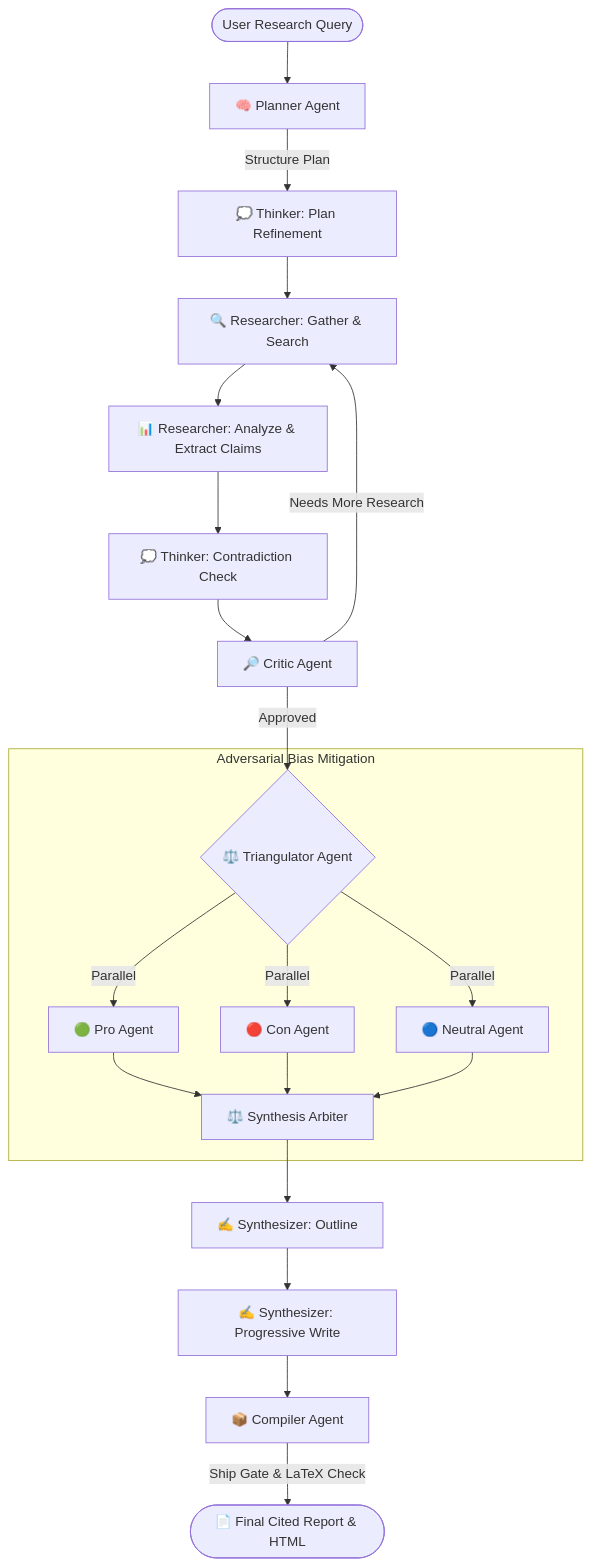
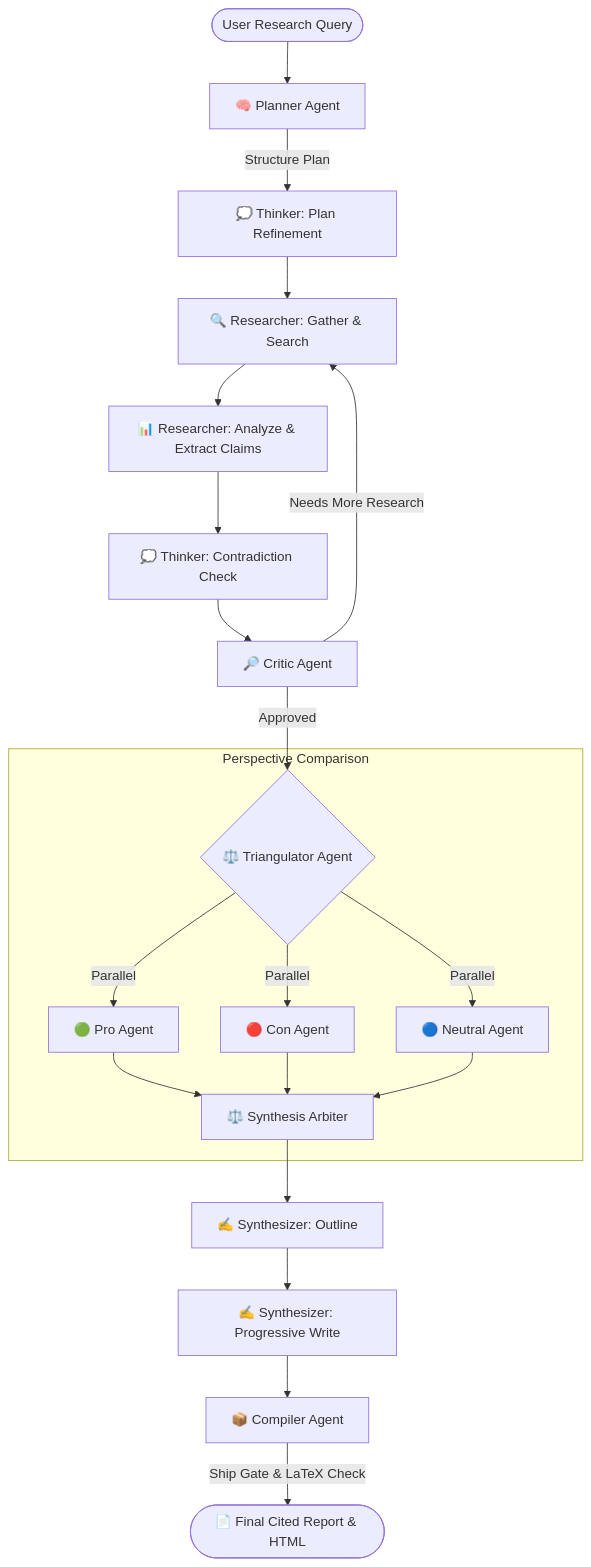
The second of 2 diagrams in README.md (sarv-projects/Autonomous-Research-Agent), drawn with Mermaid before and after one commit. The commit also changed other lines of this file and 4 other files, not shown here.

````diff
--- a/README.md
+++ b/README.md
@@ -192,24 +189,24 @@
 ```mermaid
 graph TD
     UserQuery([User Research Query]) --> Planner[🧠 Planner Agent]
     Planner -->|Structure Plan| ThinkerPlan[💭 Thinker: Plan Refinement]
     ThinkerPlan --> ResGather[🔍 Researcher: Gather & Search]
     ResGather --> ResAnalyze[📊 Researcher: Analyze & Extract Claims]
     ResAnalyze --> ThinkerCheck[💭 Thinker: Contradiction Check]
     ThinkerCheck --> Critic[🔎 Critic Agent]
     
     Critic -->|Needs More Research| ResGather
     Critic -->|Approved| Triangulator{⚖️ Triangulator Agent}
     
-    subgraph Triangulation[" Adversarial Bias Mitigation "]
+    subgraph Triangulation[" Perspective Comparison "]
         Triangulator -->|Parallel| Pro[🟢 Pro Agent]
         Triangulator -->|Parallel| Con[🔴 Con Agent]
         Triangulator -->|Parallel| Neutral[🔵 Neutral Agent]
         Pro & Con & Neutral --> Arbiter[⚖️ Synthesis Arbiter]
     end
 
     Arbiter --> SynthOutline[✍️ Synthesizer: Outline]
     SynthOutline --> SynthWrite[✍️ Synthesizer: Progressive Write]
     SynthWrite --> Compiler[📦 Compiler Agent]
     Compiler -->|Ship Gate & LaTeX Check| Report([📄 Final Cited Report & HTML])
 ```
````
